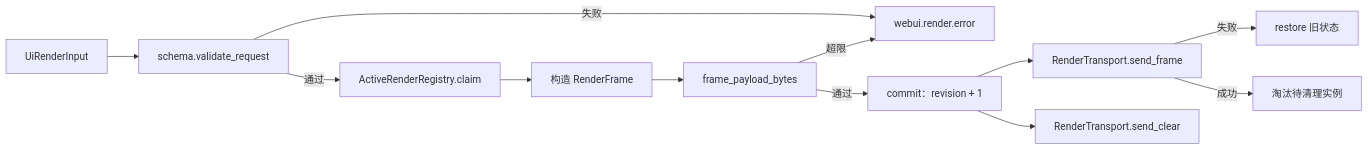
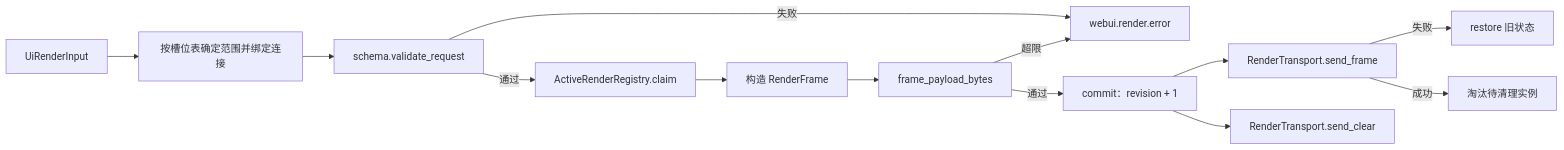
Before and after one commit to openJiuwen-ai/jiuwenswarm: the first of 2 diagrams in jiuwenswarm/extensions_v2/docs/features/F_06_render-service.md, drawn with Mermaid. The commit also changed other lines of this file and 20 other files, not shown here.

````diff
--- a/jiuwenswarm/extensions_v2/docs/features/F_06_render-service.md
+++ b/jiuwenswarm/extensions_v2/docs/features/F_06_render-service.md
@@ -41,14 +42,15 @@
 ```mermaid
 flowchart LR
-    IN["UiRenderInput"] --> V["schema.validate_request"]
+    IN["UiRenderInput"] --> B["按槽位表确定范围并绑定连接"]
+    B --> V["schema.validate_request"]
     V -->|"失败"| E["webui.render.error"]
     V -->|"通过"| R["ActiveRenderRegistry.claim"]
     R --> F["构造 RenderFrame"]
     F --> S["frame_payload_bytes"]
     S -->|"超限"| E
     S -->|"通过"| C["commit：revision + 1"]
     C --> T["RenderTransport.send_frame"]
     C --> TC["RenderTransport.send_clear"]
     T -->|"失败"| RB["restore 旧状态"]
     T -->|"成功"| EV["淘汰待清理实例"]
 ```
````
